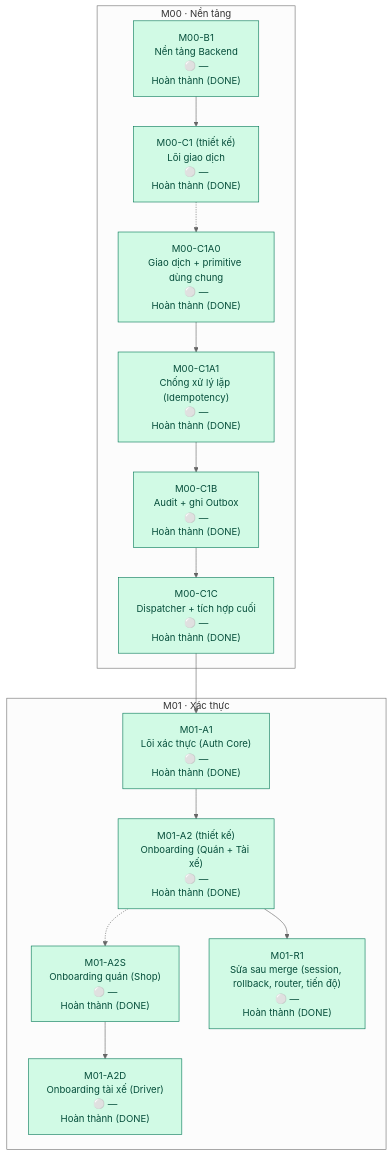
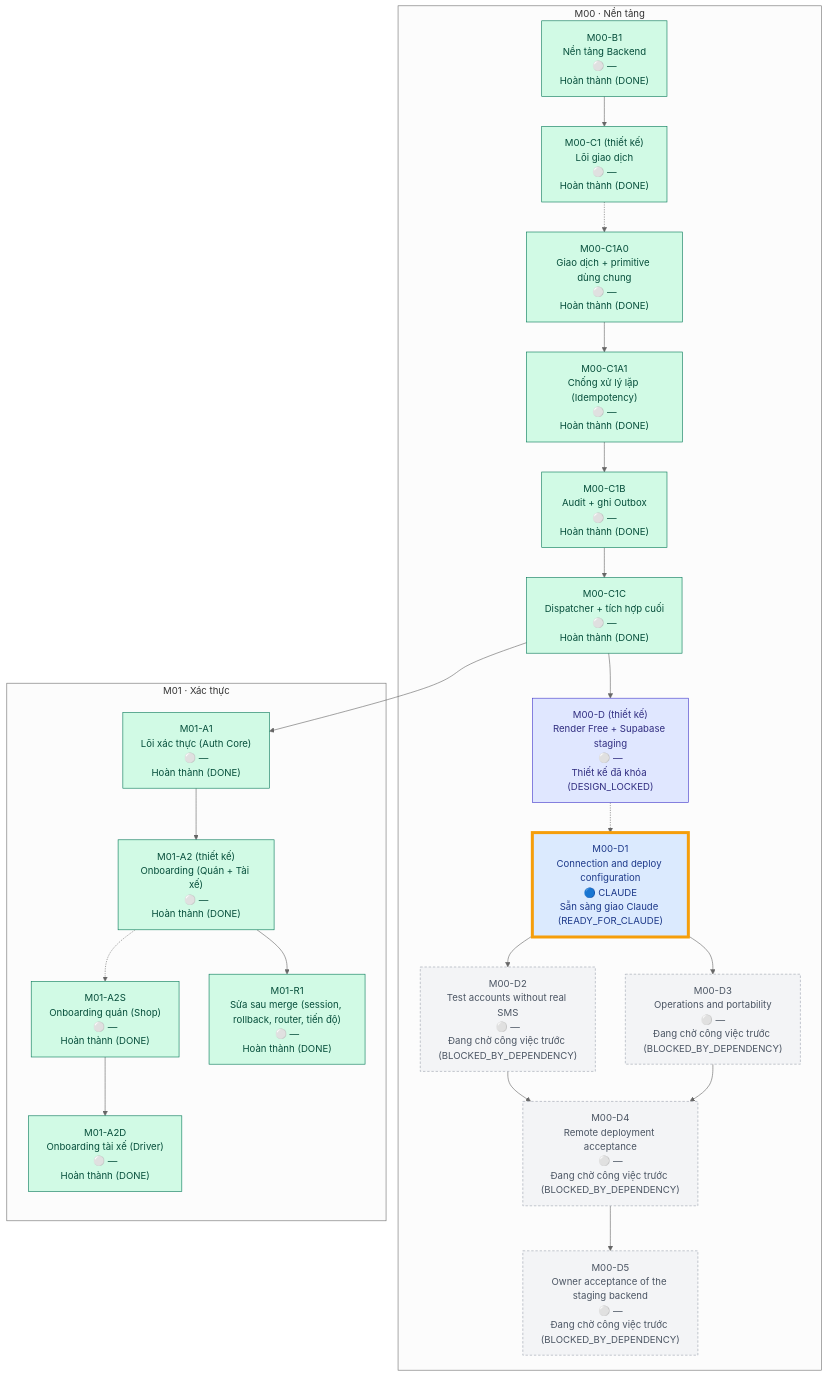
One commit to trungtn87/11ship changed the diagram in docs/PROGRESS.md. Above: the diagram before and after it, drawn with Mermaid (neutral theme). The commit also changed other lines of this file, not shown here.

````diff
--- a/docs/PROGRESS.md
+++ b/docs/PROGRESS.md
@@ -28,40 +37,57 @@
 ```mermaid
 flowchart TD
   subgraph M00_box["M00 · Nền tảng"]
     M00_B1["M00-B1<br/>Nền tảng Backend<br/>⚪ —<br/>Hoàn thành (DONE)"]
     M00_C1["M00-C1 (thiết kế)<br/>Lõi giao dịch<br/>⚪ —<br/>Hoàn thành (DONE)"]
     M00_C1A0["M00-C1A0<br/>Giao dịch + primitive dùng chung<br/>⚪ —<br/>Hoàn thành (DONE)"]
     M00_C1A1["M00-C1A1<br/>Chống xử lý lặp (Idempotency)<br/>⚪ —<br/>Hoàn thành (DONE)"]
     M00_C1B["M00-C1B<br/>Audit + ghi Outbox<br/>⚪ —<br/>Hoàn thành (DONE)"]
     M00_C1C["M00-C1C<br/>Dispatcher + tích hợp cuối<br/>⚪ —<br/>Hoàn thành (DONE)"]
+    M00_D["M00-D (thiết kế)<br/>Render Free + Supabase staging<br/>⚪ —<br/>Thiết kế đã khóa (DESIGN_LOCKED)"]
+    M00_D1["M00-D1<br/>Connection and deploy configuration<br/>🔵 CLAUDE<br/>Sẵn sàng giao Claude (READY_FOR_CLAUDE)"]
+    M00_D2["M00-D2<br/>Test accounts without real SMS<br/>⚪ —<br/>Đang chờ công việc trước (BLOCKED_BY_DEPENDENCY)"]
+    M00_D3["M00-D3<br/>Operations and portability<br/>⚪ —<br/>Đang chờ công việc trước (BLOCKED_BY_DEPENDENCY)"]
+    M00_D4["M00-D4<br/>Remote deployment acceptance<br/>⚪ —<br/>Đang chờ công việc trước (BLOCKED_BY_DEPENDENCY)"]
+    M00_D5["M00-D5<br/>Owner acceptance of the staging backend<br/>⚪ —<br/>Đang chờ công việc trước (BLOCKED_BY_DEPENDENCY)"]
   end
   subgraph M01_box["M01 · Xác thực"]
     M01_A1["M01-A1<br/>Lõi xác thực (Auth Core)<br/>⚪ —<br/>Hoàn thành (DONE)"]
     M01_A2["M01-A2 (thiết kế)<br/>Onboarding (Quán + Tài xế)<br/>⚪ —<br/>Hoàn thành (DONE)"]
     M01_A2S["M01-A2S<br/>Onboarding quán (Shop)<br/>⚪ —<br/>Hoàn thành (DONE)"]
     M01_A2D["M01-A2D<br/>Onboarding tài xế (Driver)<br/>⚪ —<br/>Hoàn thành (DONE)"]
     M01_R1["M01-R1<br/>Sửa sau merge (session, rollback, router, tiến độ)<br/>⚪ —<br/>Hoàn thành (DONE)"]
   end
 
   M00_B1 --> M00_C1
   M00_C1 -.-> M00_C1A0
   M00_C1A0 --> M00_C1A1
   M00_C1A1 --> M00_C1B
   M00_C1B --> M00_C1C
   M00_C1C --> M01_A1
   M01_A1 --> M01_A2
   M01_A2 -.-> M01_A2S
   M01_A2S --> M01_A2D
   M01_A2 --> M01_R1
+  M00_C1C --> M00_D
+  M00_D -.-> M00_D1
+  M00_D1 --> M00_D2
+  M00_D1 --> M00_D3
+  M00_D2 --> M00_D4
+  M00_D3 --> M00_D4
+  M00_D4 --> M00_D5
 
   classDef done fill:#d1fae5,stroke:#047857,color:#064e3b
   classDef locked fill:#e0e7ff,stroke:#4338ca,color:#312e81
   classDef ready fill:#dbeafe,stroke:#1d4ed8,color:#1e3a8a
   classDef active fill:#fef9c3,stroke:#a16207,color:#713f12
   classDef failed fill:#fee2e2,stroke:#b91c1c,color:#7f1d1d
   classDef review fill:#f3e8ff,stroke:#7e22ce,color:#581c87
   classDef blocked fill:#f3f4f6,stroke:#9ca3af,color:#4b5563,stroke-dasharray:4 3
   classDef planned fill:#ffffff,stroke:#9ca3af,color:#374151
   classDef focus stroke:#f59e0b,stroke-width:5px
   class M00_B1,M00_C1,M00_C1A0,M00_C1A1,M00_C1B,M00_C1C,M01_A1,M01_A2,M01_A2S,M01_A2D,M01_R1 done
+  class M00_D locked
+  class M00_D1 ready
+  class M00_D2,M00_D3,M00_D4,M00_D5 blocked
+  class M00_D1 focus
 ```
````
